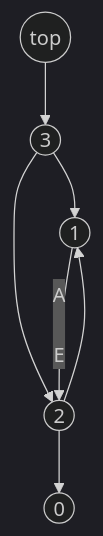
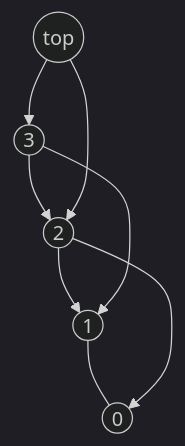
One commit to lijqhs/leetcode changed the first of 3 diagrams in notes/readme.md. Above: the diagram before and after it, drawn with Mermaid (dark theme).

Commit message:
update Thu Jul 14 09:10:14 EDT 2022

````diff
--- a/notes/readme.md
+++ b/notes/readme.md
@@ -873,18 +873,18 @@
 ```mermaid
 graph TB
 
 A((0))
 B((1))
 C((2))
 D((3))
 E((top))
 
 E-->D
 D-->C
 C-->B
-B--A
+B---A
 
 E-->C
 D-->B
 C-->A
 ```
````
